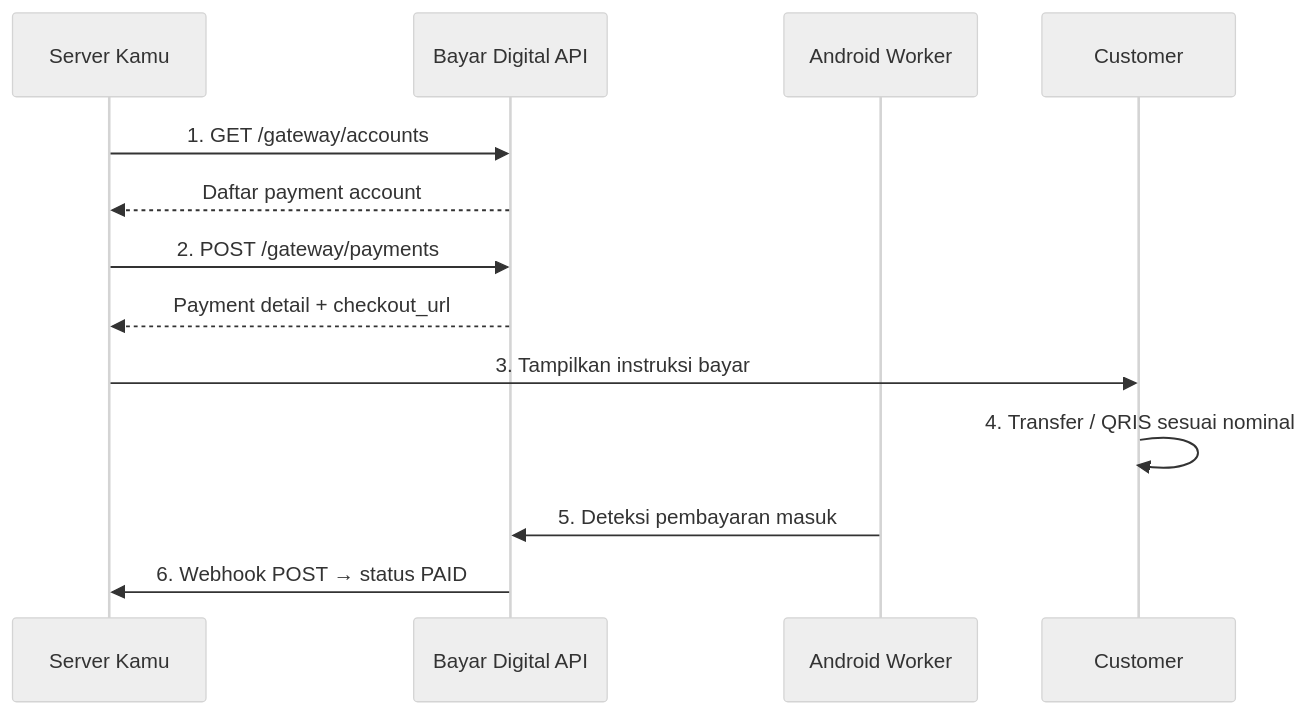
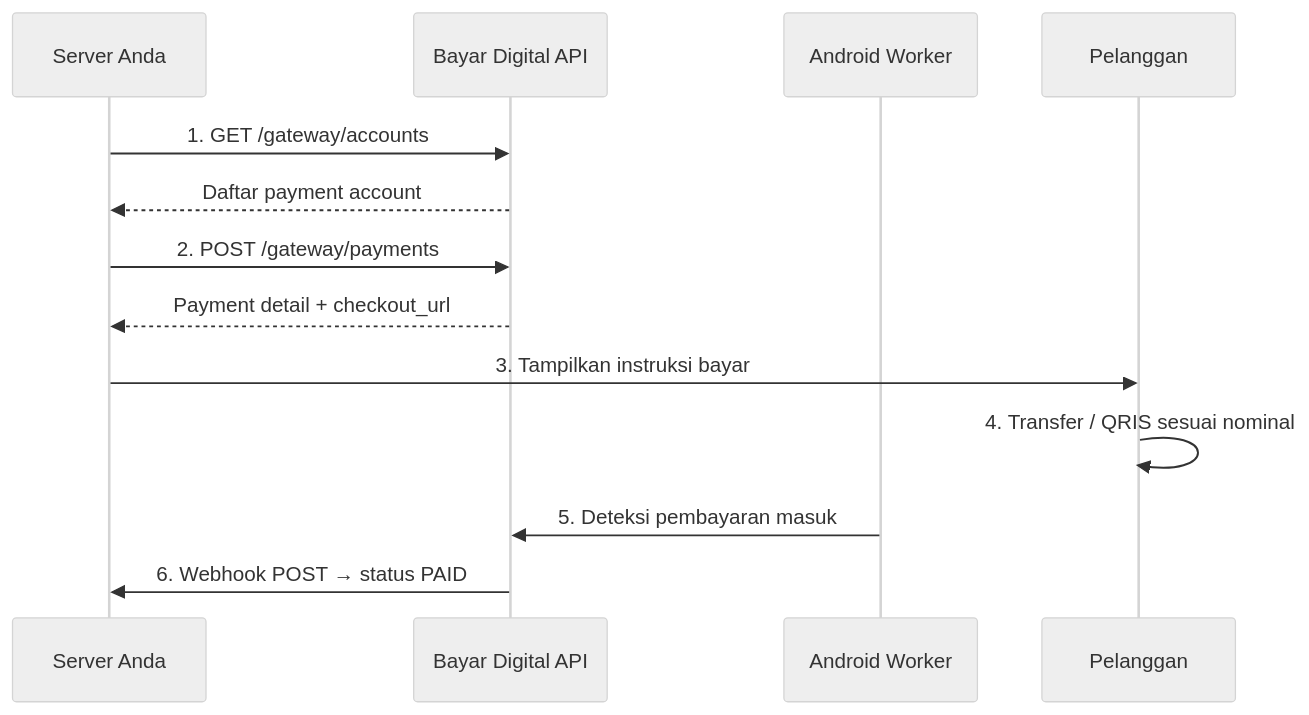
One commit to rioanandaputra-bot/bayar.digital-docs changed the diagram in docs/overview.md. Above: the diagram before and after it, drawn with Mermaid (neutral theme). The commit also changed other lines of this file and 13 other files, not shown here.

````diff
--- a/docs/overview.md
+++ b/docs/overview.md
@@ -19,16 +11,16 @@
 ```mermaid
 sequenceDiagram
-    participant S as Server Kamu
+    participant S as Server Anda
     participant API as Bayar Digital API
     participant W as Android Worker
-    participant C as Customer
+    participant C as Pelanggan
 
     S->>API: 1. GET /gateway/accounts
     API-->>S: Daftar payment account
     S->>API: 2. POST /gateway/payments
     API-->>S: Payment detail + checkout_url
     S->>C: 3. Tampilkan instruksi bayar
     C->>C: 4. Transfer / QRIS sesuai nominal
     W->>API: 5. Deteksi pembayaran masuk
     API->>S: 6. Webhook POST → status PAID
 ```
````
